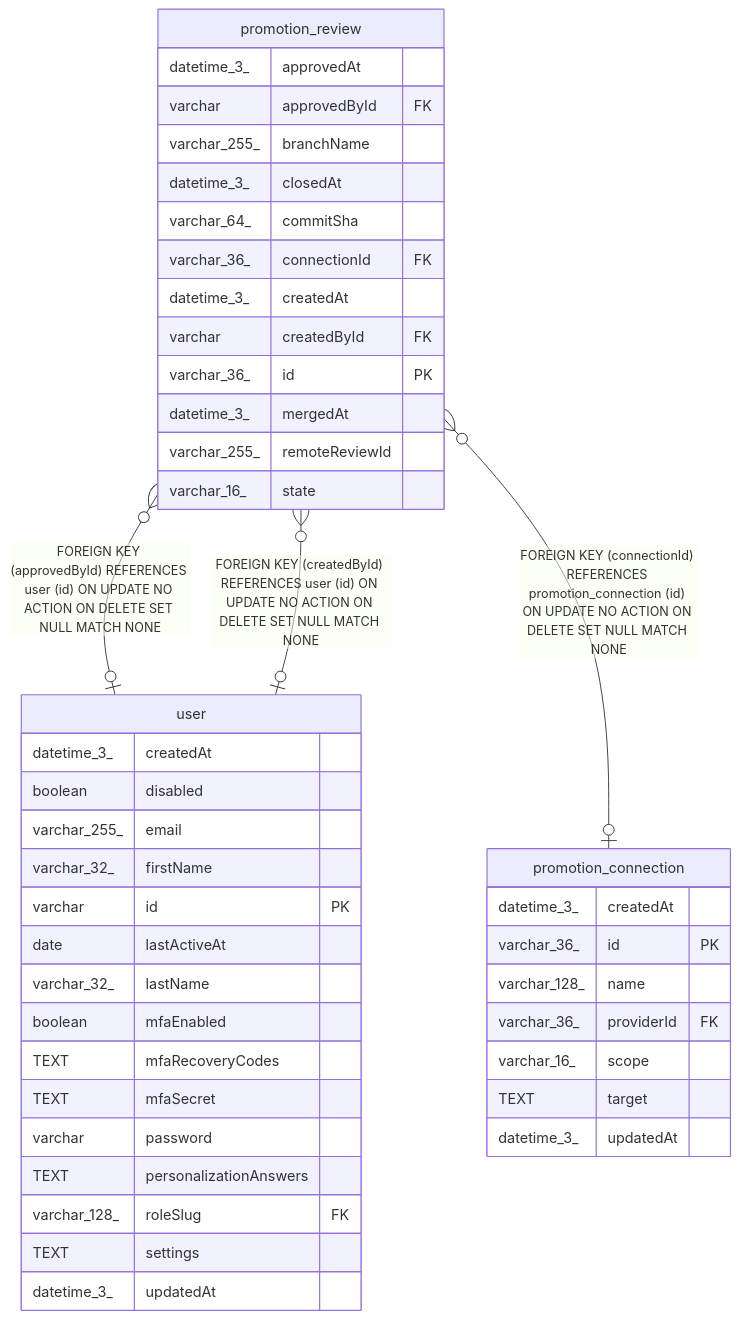
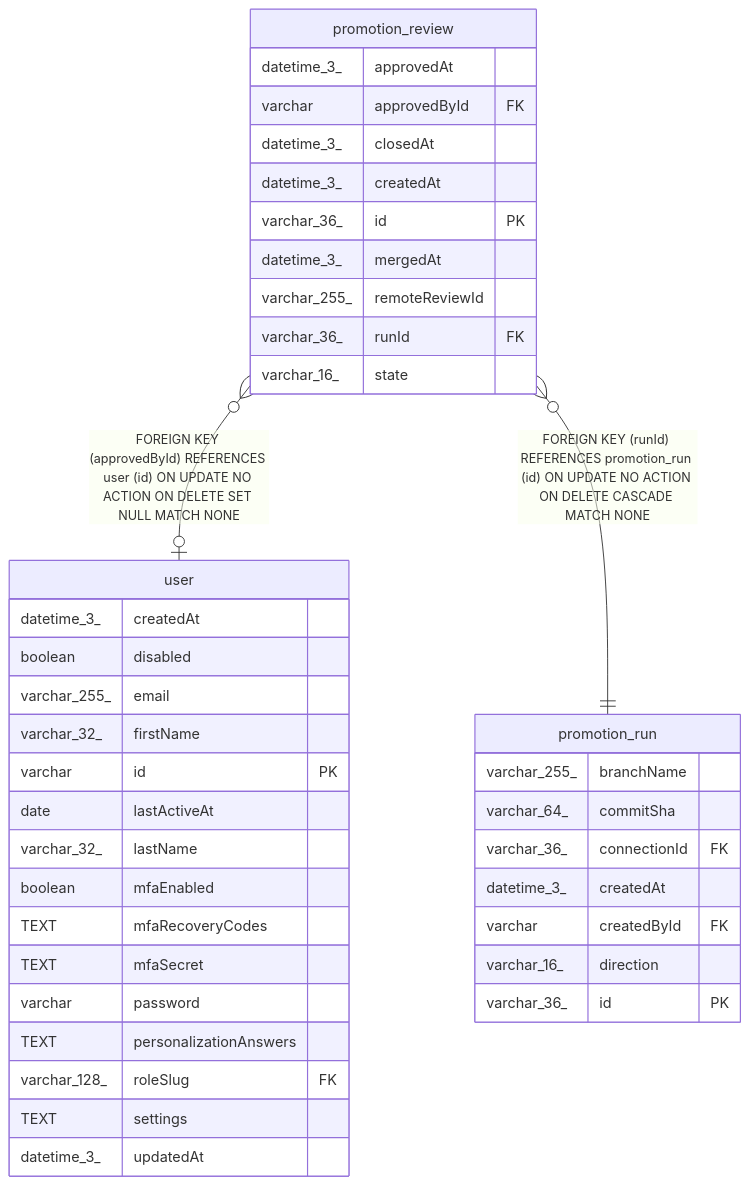
One commit to Flipped-168/n8n changed the diagram in docs/generated/sqlite-schema/promotion_review.md. Above: the diagram before and after it, drawn with Mermaid. The commit also changed other lines of this file and 18 other files, not shown here.

First line of the commit message:
feat(core): Record a promotion run separately from its review (no-changelog)

````diff
--- a/docs/generated/sqlite-schema/promotion_review.md
+++ b/docs/generated/sqlite-schema/promotion_review.md
@@ -52,48 +48,44 @@
 ```mermaid
 erDiagram
 
 "promotion_review" }o--o| "user" : "FOREIGN KEY (approvedById) REFERENCES user (id) ON UPDATE NO ACTION ON DELETE SET NULL MATCH NONE"
-"promotion_review" }o--o| "promotion_connection" : "FOREIGN KEY (connectionId) REFERENCES promotion_connection (id) ON UPDATE NO ACTION ON DELETE SET NULL MATCH NONE"
-"promotion_review" }o--o| "user" : "FOREIGN KEY (createdById) REFERENCES user (id) ON UPDATE NO ACTION ON DELETE SET NULL MATCH NONE"
+"promotion_review" }o--|| "promotion_run" : "FOREIGN KEY (runId) REFERENCES promotion_run (id) ON UPDATE NO ACTION ON DELETE CASCADE MATCH NONE"
 
 "promotion_review" {
   datetime_3_ approvedAt
   varchar approvedById FK
-  varchar_255_ branchName
   datetime_3_ closedAt
-  varchar_64_ commitSha
-  varchar_36_ connectionId FK
   datetime_3_ createdAt
-  varchar createdById FK
   varchar_36_ id PK
   datetime_3_ mergedAt
   varchar_255_ remoteReviewId
+  varchar_36_ runId FK
   varchar_16_ state
 }
 "user" {
   datetime_3_ createdAt
   boolean disabled
   varchar_255_ email
   varchar_32_ firstName
   varchar id PK
   date lastActiveAt
   varchar_32_ lastName
   boolean mfaEnabled
   TEXT mfaRecoveryCodes
   TEXT mfaSecret
   varchar password
   TEXT personalizationAnswers
   varchar_128_ roleSlug FK
   TEXT settings
   datetime_3_ updatedAt
 }
-"promotion_connection" {
+"promotion_run" {
+  varchar_255_ branchName
+  varchar_64_ commitSha
+  varchar_36_ connectionId FK
   datetime_3_ createdAt
+  varchar createdById FK
+  varchar_16_ direction
   varchar_36_ id PK
-  varchar_128_ name
-  varchar_36_ providerId FK
-  varchar_16_ scope
-  TEXT target
-  datetime_3_ updatedAt
 }
 ```
````
